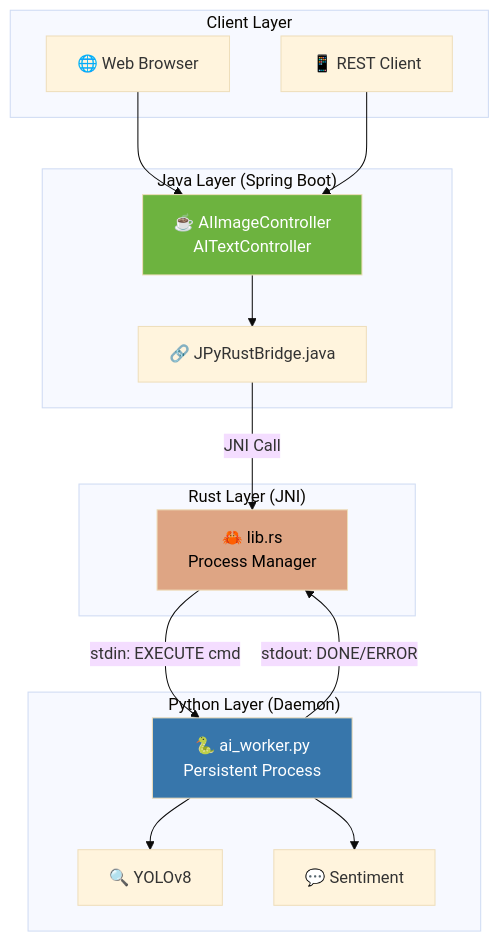
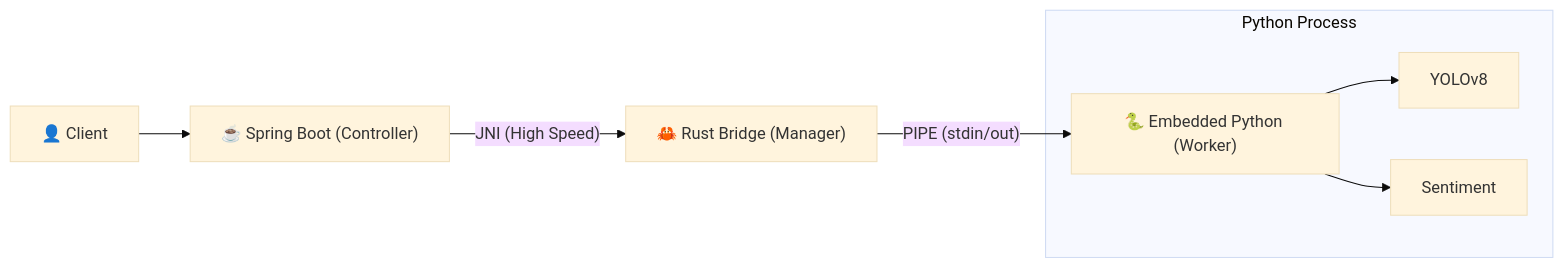
One commit to farmer0010/JPyRust changed the diagram in README.md. Above: the diagram before and after it, drawn with Mermaid (base theme). The commit also changed other lines of this file, not shown here.

````diff
--- a/README.md
+++ b/README.md
@@ -39,35 +47,11 @@
 ```mermaid
-graph TD
-    subgraph "Client Layer"
-        Browser["🌐 Web Browser"]
-        API["📱 REST Client"]
+graph LR
+    User["👤 Client"] --> Boot["☕ Spring Boot (Controller)"]
+    Boot -- "JNI (High Speed)" --> Rust["🦀 Rust Bridge (Manager)"]
+    Rust -- "PIPE (stdin/out)" --> Python["🐍 Embedded Python (Worker)"]
+    
+    subgraph "Python Process"
+        Python --> Model1["YOLOv8"]
+        Python --> Model2["Sentiment"]
     end
-
-    subgraph "Java Layer (Spring Boot)"
-        Controller["☕ AIImageController<br/>AITextController"]
-        Bridge["🔗 JPyRustBridge.java"]
-    end
-
-    subgraph "Rust Layer (JNI)"
-        JNI["🦀 lib.rs<br/>Process Manager"]
-    end
-
-    subgraph "Python Layer (Daemon)"
-        Daemon["🐍 ai_worker.py<br/>Persistent Process"]
-        YOLO["🔍 YOLOv8"]
-        NLP["💬 Sentiment"]
-    end
-
-    Browser --> Controller
-    API --> Controller
-    Controller --> Bridge
-    Bridge -->|"JNI Call"| JNI
-    JNI -->|"stdin: EXECUTE cmd"| Daemon
-    Daemon -->|"stdout: DONE/ERROR"| JNI
-    Daemon --> YOLO
-    Daemon --> NLP
-
-    style Daemon fill:#3776ab,color:#fff
-    style JNI fill:#dea584,color:#000
-    style Controller fill:#6db33f,color:#fff
 ```
````
